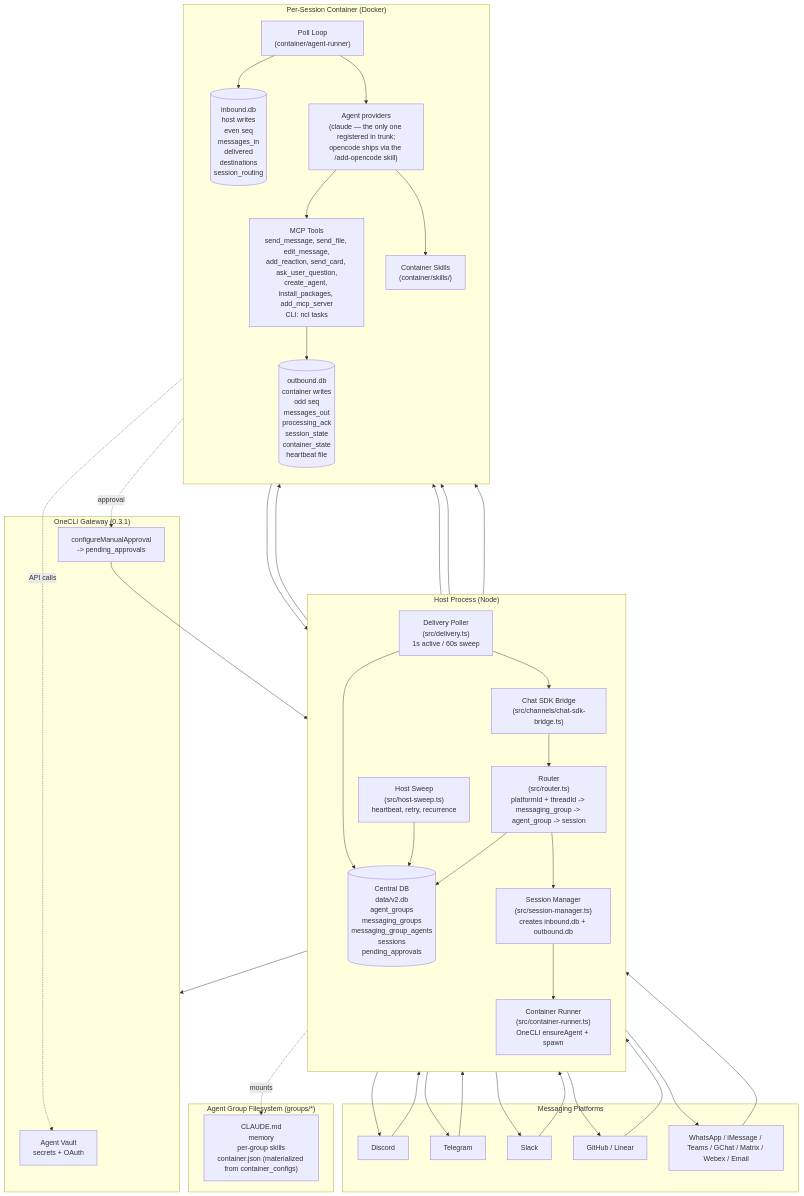
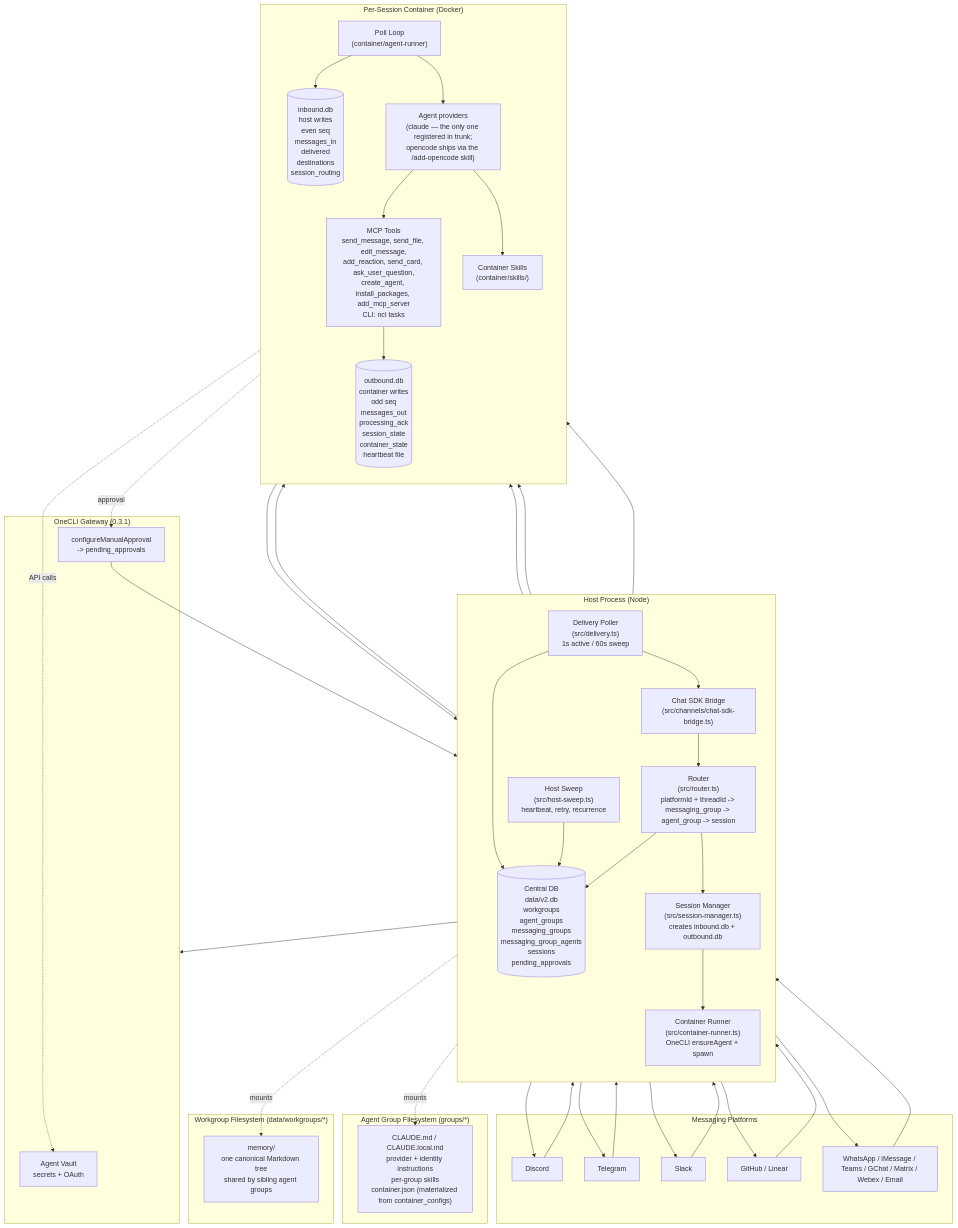
Before and after one commit to davekim917/nanoclaw: the first of 5 diagrams in docs/architecture-diagram.md, drawn with Mermaid. The commit also changed other lines of this file and 215 other files, not shown here.

Commit message:
feat(memory): ship shared workgroup memory architecture

````diff
--- a/docs/architecture-diagram.md
+++ b/docs/architecture-diagram.md
@@ -5,65 +5,70 @@
 ```mermaid
 flowchart TB
   subgraph Platforms["Messaging Platforms"]
     P1[Discord]
     P2[Telegram]
     P3[Slack]
     P4[GitHub / Linear]
     P5[WhatsApp / iMessage / Teams / GChat / Matrix / Webex / Email]
   end
 
   subgraph Host["Host Process (Node)"]
     direction TB
     Bridge["Chat SDK Bridge<br/>(src/channels/chat-sdk-bridge.ts)"]
     Router["Router<br/>(src/router.ts)<br/>platformId + threadId -> messaging_group -> agent_group -> session"]
     SessMgr["Session Manager<br/>(src/session-manager.ts)<br/>creates inbound.db + outbound.db"]
     Runner["Container Runner<br/>(src/container-runner.ts)<br/>OneCLI ensureAgent + spawn"]
     Delivery["Delivery Poller<br/>(src/delivery.ts)<br/>1s active / 60s sweep"]
     Sweep["Host Sweep<br/>(src/host-sweep.ts)<br/>heartbeat, retry, recurrence"]
-    Central[("Central DB<br/>data/v2.db<br/>agent_groups<br/>messaging_groups<br/>messaging_group_agents<br/>sessions<br/>pending_approvals")]
+    Central[("Central DB<br/>data/v2.db<br/>workgroups<br/>agent_groups<br/>messaging_groups<br/>messaging_group_agents<br/>sessions<br/>pending_approvals")]
   end
 
   subgraph OneCLI["OneCLI Gateway (0.3.1)"]
     Vault["Agent Vault<br/>secrets + OAuth"]
     Approvals["configureManualApproval<br/>-> pending_approvals"]
   end
 
   subgraph Session["Per-Session Container (Docker)"]
     direction TB
     PollLoop["Poll Loop<br/>(container/agent-runner)"]
     Provider["Agent providers<br/>(claude — the only one registered in trunk;<br/>opencode ships via the /add-opencode skill)"]
     MCP["MCP Tools<br/>send_message, send_file, edit_message,<br/>add_reaction, send_card, ask_user_question,<br/>create_agent, install_packages, add_mcp_server<br/>CLI: ncl tasks"]
     Skills["Container Skills<br/>(container/skills/)"]
     InDB[("inbound.db<br/>host writes<br/>even seq<br/>messages_in<br/>delivered<br/>destinations<br/>session_routing")]
     OutDB[("outbound.db<br/>container writes<br/>odd seq<br/>messages_out<br/>processing_ack<br/>session_state<br/>container_state<br/>heartbeat file")]
   end
 
   subgraph Groups["Agent Group Filesystem (groups/*)"]
-    Folder["CLAUDE.md<br/>memory<br/>per-group skills<br/>container.json (materialized from container_configs)"]
+    Folder["CLAUDE.md / CLAUDE.local.md<br/>provider + identity instructions<br/>per-group skills<br/>container.json (materialized from container_configs)"]
+  end
+
+  subgraph Workgroup["Workgroup Filesystem (data/workgroups/*)"]
+    Memory["memory/<br/>one canonical Markdown tree<br/>shared by sibling agent groups"]
   end
 
   P1 & P2 & P3 & P4 & P5 --> Bridge
   Bridge --> Router
   Router --> Central
   Router --> SessMgr
   SessMgr --> InDB
   SessMgr --> Runner
   Runner --> OneCLI
   Runner --> PollLoop
   PollLoop --> InDB
   PollLoop --> Provider
   Provider --> MCP
   Provider --> Skills
   MCP --> OutDB
   OutDB --> Delivery
   Delivery --> Central
   Delivery --> Bridge
   Bridge --> P1 & P2 & P3 & P4 & P5
   Sweep --> InDB
   Sweep --> OutDB
   Sweep --> Central
   Runner -.mounts.-> Folder
+  Runner -.mounts.-> Memory
   MCP -.approval.-> Approvals
   Approvals --> Central
   Provider -.API calls.-> Vault
 ```
````
